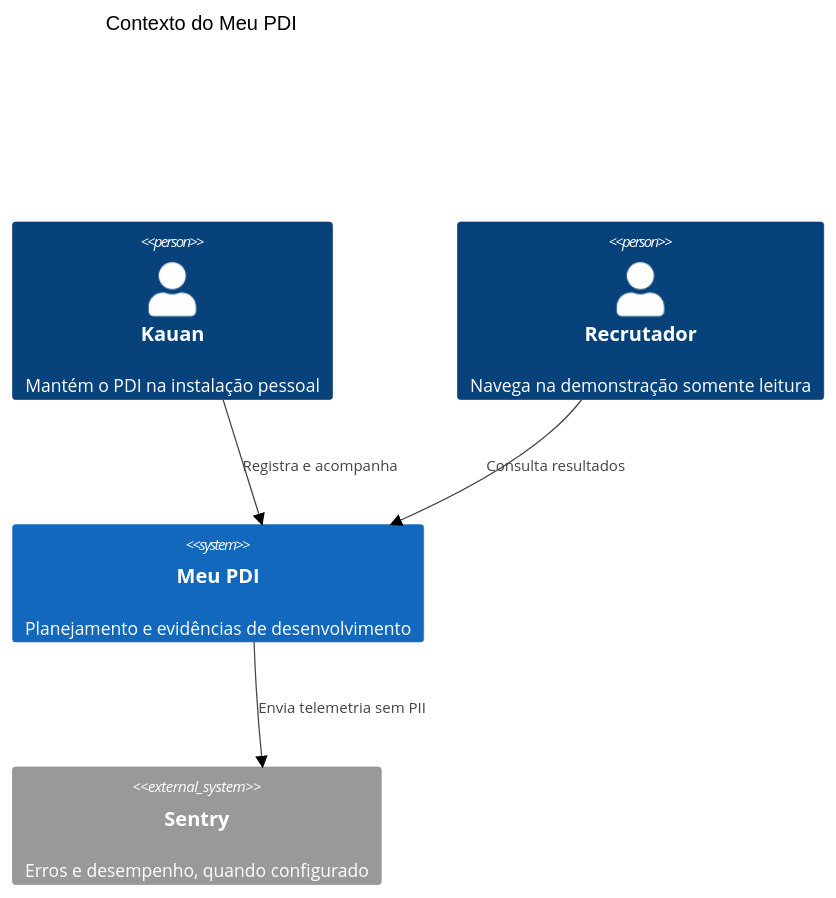
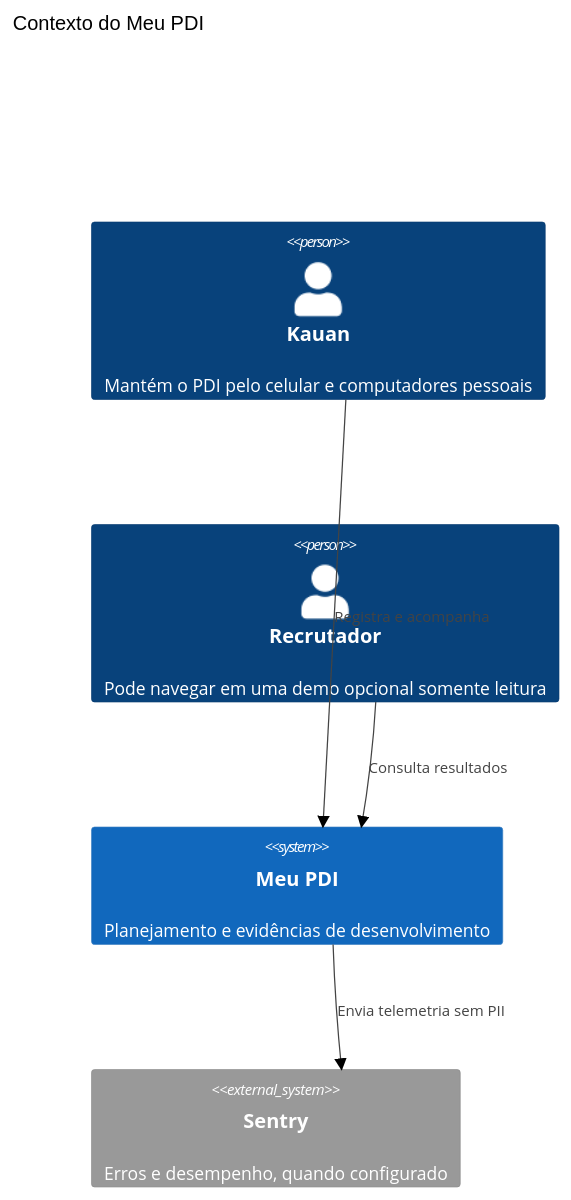
One commit to Bulgaroni10/meu-pdi changed the first of 4 diagrams in docs/ARQUITETURA.md. Above: the diagram before and after it, drawn with Mermaid (neutral theme). The commit also changed other lines of this file and 24 other files, not shown here.

Commit message:
feat: proteger PDI pessoal com autenticacao

````diff
--- a/docs/ARQUITETURA.md
+++ b/docs/ARQUITETURA.md
@@ -5,11 +5,11 @@
 ```mermaid
 C4Context
     title Contexto do Meu PDI
-    Person(kauan, "Kauan", "Mantém o PDI na instalação pessoal")
-    Person(recrutador, "Recrutador", "Navega na demonstração somente leitura")
+    Person(kauan, "Kauan", "Mantém o PDI pelo celular e computadores pessoais")
+    Person(recrutador, "Recrutador", "Pode navegar em uma demo opcional somente leitura")
     System(pdi, "Meu PDI", "Planejamento e evidências de desenvolvimento")
     System_Ext(sentry, "Sentry", "Erros e desempenho, quando configurado")
     Rel(kauan, pdi, "Registra e acompanha")
     Rel(recrutador, pdi, "Consulta resultados")
     Rel(pdi, sentry, "Envia telemetria sem PII")
 ```
````
